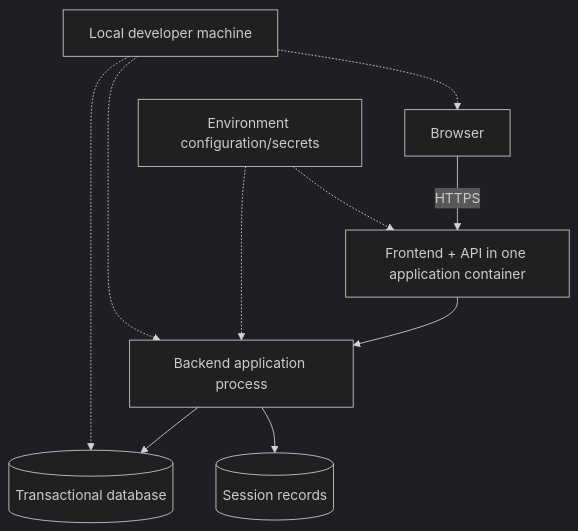
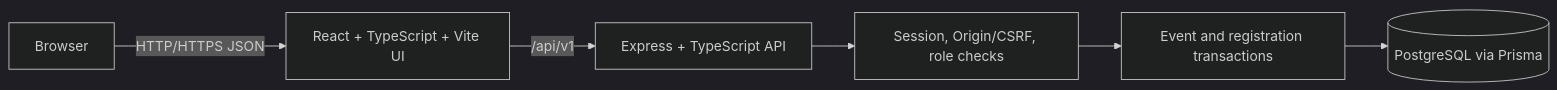
Before and after one commit to Ttime52/EventCheck: the diagram in docs/system-sds.md, drawn with Mermaid (dark theme). The commit also changed other lines of this file and 10 other files, not shown here.

````diff
--- a/docs/system-sds.md
+++ b/docs/system-sds.md
@@ -463,19 +25,14 @@
 ```mermaid
-flowchart TB
-    Dev[Local developer machine]
+flowchart LR
     Browser[Browser]
-    Web[Frontend + API in one application container]
-    App[Backend application process]
-    DB[(Transactional database)]
-    Sess[(Session records)]
-    Env[Environment configuration/secrets]
-    Browser -->|HTTPS| Web
-    Web --> App
-    App --> DB
-    App --> Sess
-    Env -.-> Web
-    Env -.-> App
-    Dev -.-> Browser
-    Dev -.-> App
-    Dev -.-> DB
+    UI[React + TypeScript + Vite UI]
+    API[Express + TypeScript API]
+    Auth[Session, Origin/CSRF, role checks]
+    Logic[Event and registration transactions]
+    DB[(PostgreSQL via Prisma)]
+    Browser -->|HTTP/HTTPS JSON| UI
+    UI -->|/api/v1| API
+    API --> Auth
+    Auth --> Logic
+    Logic --> DB
 ```
````
